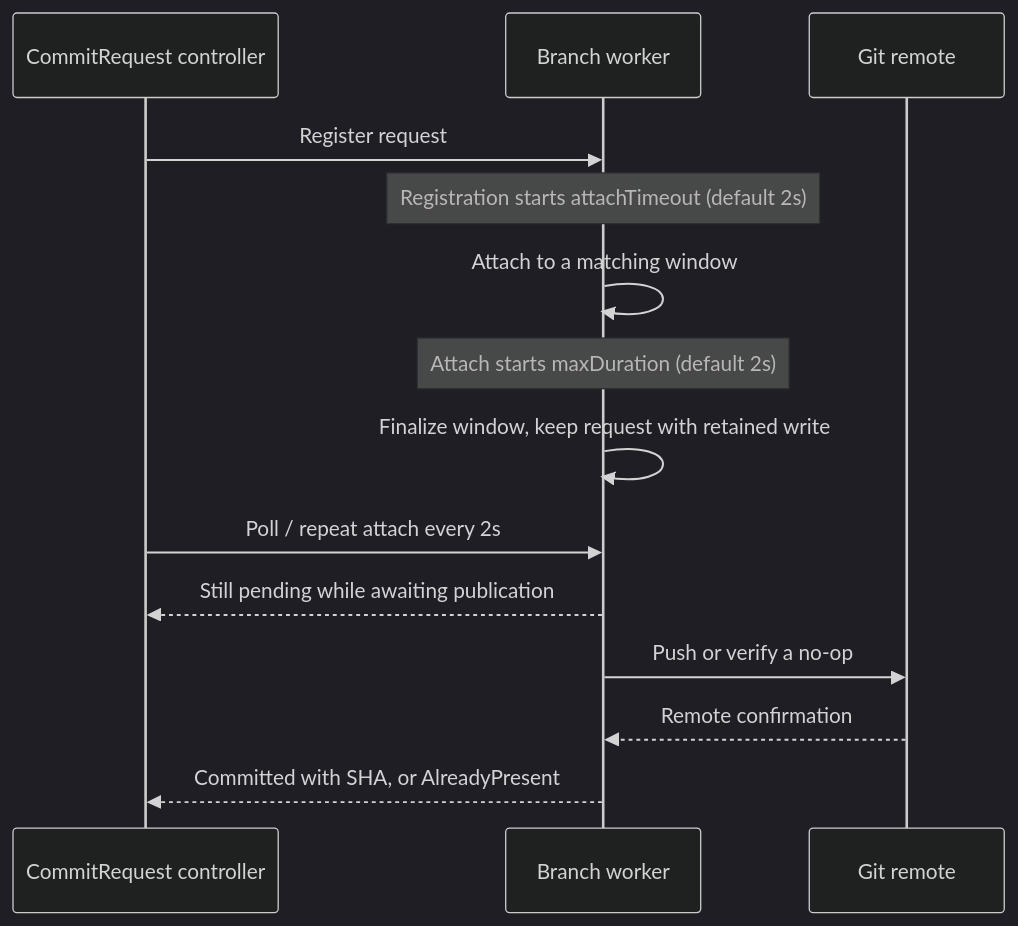
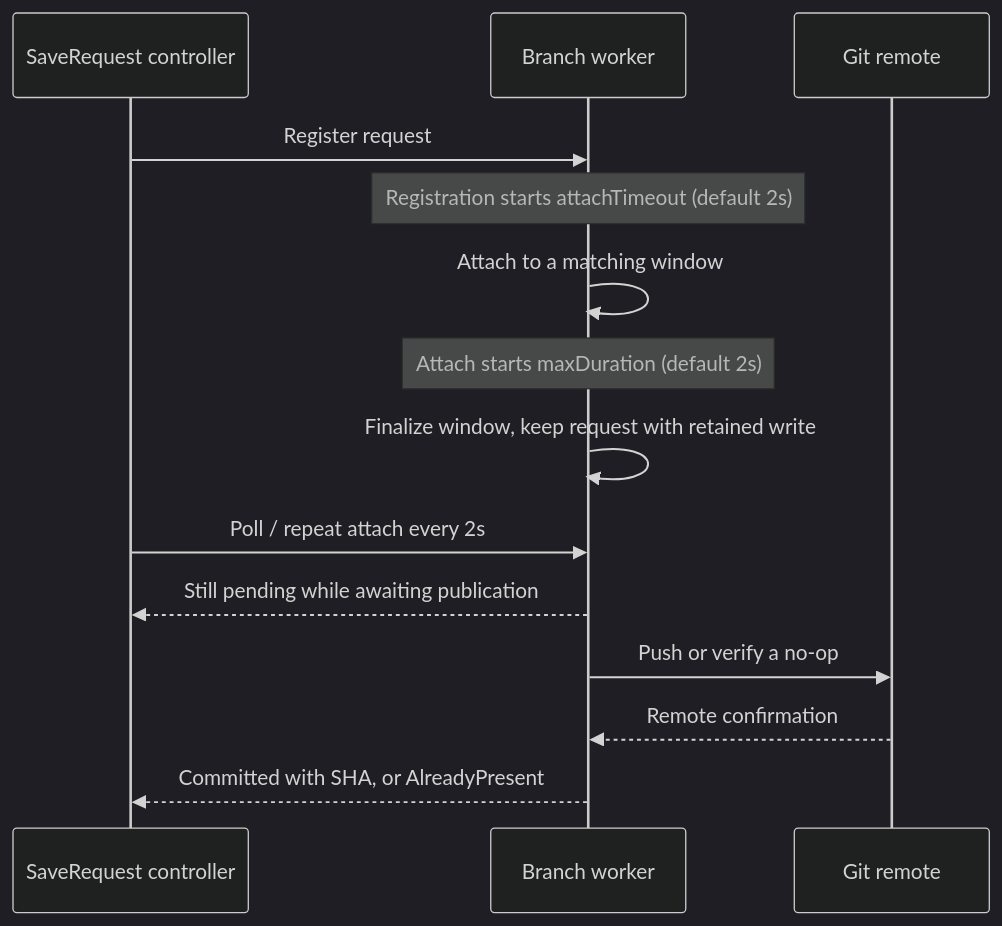
One commit to ConfigButler/gitops-reverser changed the fifth of 5 diagrams in docs/api-first-publication.md. Above: the diagram before and after it, drawn with Mermaid (dark theme). The commit also changed other lines of this file and 156 other files, not shown here.

First line of the commit message:
feat(api)!: CommitRequest is SaveRequest; the source-cluster save is RemoteSaveRequest

````diff
--- a/docs/api-first-publication.md
+++ b/docs/api-first-publication.md
@@ -291,17 +291,17 @@
 ```mermaid
 sequenceDiagram
-    participant C as CommitRequest controller
+    participant C as SaveRequest controller
     participant W as Branch worker
     participant G as Git remote
 
     C->>W: Register request
     Note over W: Registration starts attachTimeout (default 2s)
     W->>W: Attach to a matching window
     Note over W: Attach starts maxDuration (default 2s)
     W->>W: Finalize window, keep request with retained write
     C->>W: Poll / repeat attach every 2s
     W-->>C: Still pending while awaiting publication
     W->>G: Push or verify a no-op
     G-->>W: Remote confirmation
     W-->>C: Committed with SHA, or AlreadyPresent
 ```
````
